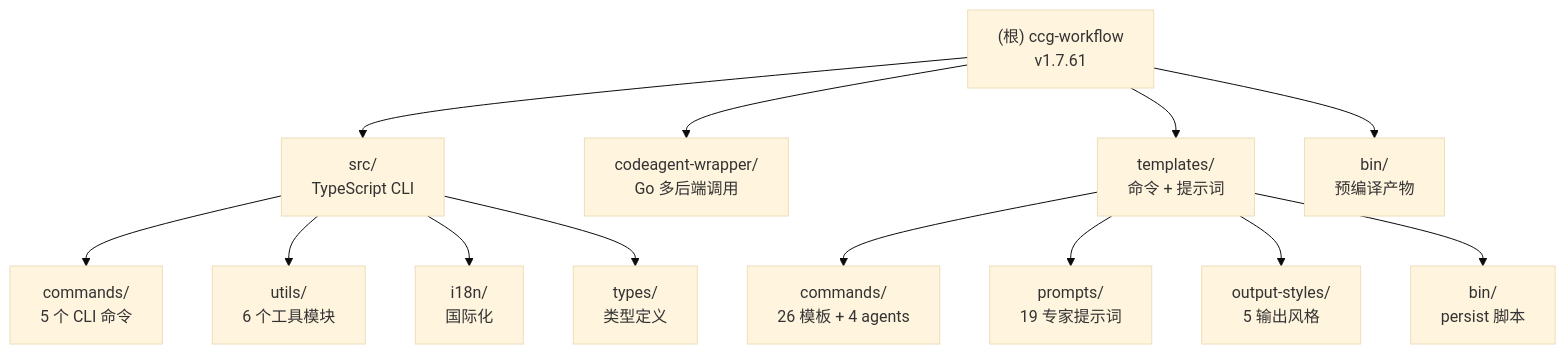
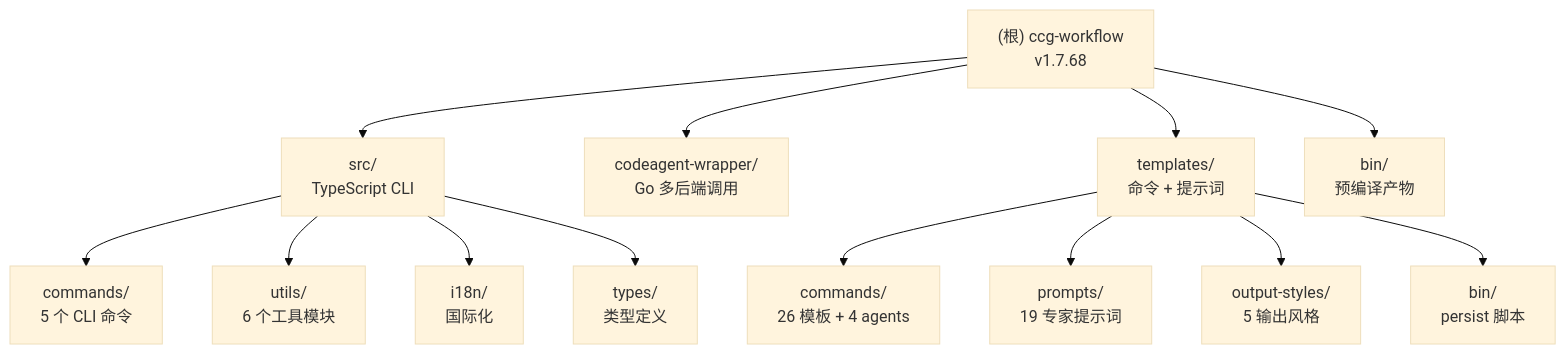
Before and after one commit to 13210541230/ccg-workflow: the second of 2 diagrams in CLAUDE.md, drawn with Mermaid (base theme). The commit also changed other lines of this file and 1 other file, not shown here.

````diff
--- a/CLAUDE.md
+++ b/CLAUDE.md
@@ -91,21 +90,21 @@
 ```mermaid
 graph TD
-    A["(根) ccg-workflow<br/>v1.7.61"] --> B["src/<br/>TypeScript CLI"]
+    A["(根) ccg-workflow<br/>v1.7.68"] --> B["src/<br/>TypeScript CLI"]
     A --> C["codeagent-wrapper/<br/>Go 多后端调用"]
     A --> D["templates/<br/>命令 + 提示词"]
     A --> E["bin/<br/>预编译产物"]
 
     B --> B1["commands/<br/>5 个 CLI 命令"]
     B --> B2["utils/<br/>6 个工具模块"]
     B --> B3["i18n/<br/>国际化"]
     B --> B4["types/<br/>类型定义"]
 
     D --> D1["commands/<br/>26 模板 + 4 agents"]
     D --> D2["prompts/<br/>19 专家提示词"]
     D --> D3["output-styles/<br/>5 输出风格"]
     D --> D4["bin/<br/>persist 脚本"]
 
     click B "./src/CLAUDE.md" "查看 CLI 模块文档"
     click C "./codeagent-wrapper/CLAUDE.md" "查看 codeagent-wrapper 模块文档"
     click D "./templates/CLAUDE.md" "查看 templates 模块文档"
 ```
````
